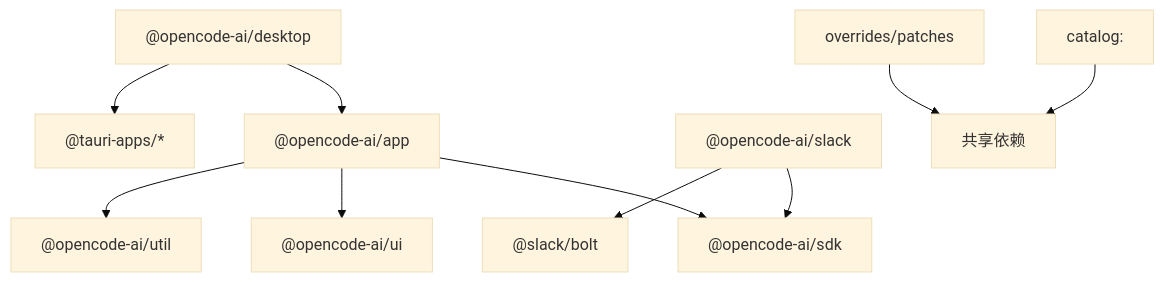
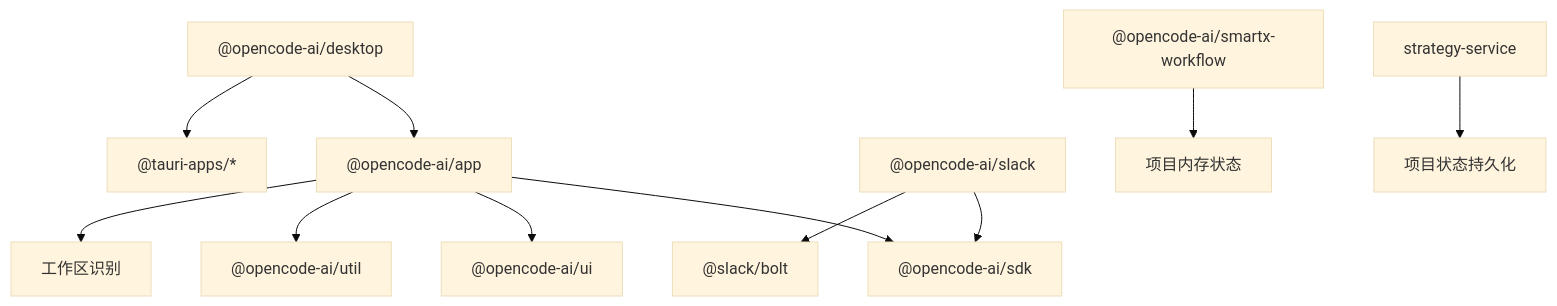
The ninth of 9 diagrams in .lingma/repowiki/zh/content/开发者指南/Monorepo结构/Workspace配置.md (89780012/opencode), drawn with Mermaid (base theme) before and after one commit. The commit also changed other lines of this file and 19 other files, not shown here.

````diff
--- a/.lingma/repowiki/zh/content/开发者指南/Monorepo结构/Workspace配置.md
+++ b/.lingma/repowiki/zh/content/开发者指南/Monorepo结构/Workspace配置.md
@@ -315,12 +407,13 @@
 ```mermaid
 graph TB
 App["@opencode-ai/app"] --> SDK["@opencode-ai/sdk"]
 App --> UI["@opencode-ai/ui"]
 App --> Util["@opencode-ai/util"]
 Desktop["@opencode-ai/desktop"] --> App
 Desktop --> Tauri["@tauri-apps/*"]
 Slack["@opencode-ai/slack"] --> SDK
 Slack --> Bolt["@slack/bolt"]
-Catalog["catalog:"] --> Shared["共享依赖"]
-Overrides["overrides/patches"] --> Shared
+SmartxWorkflow["@opencode-ai/smartx-workflow"] --> ProjectMemory["项目内存状态"]
+App --> WorkspaceKey["工作区识别"]
+StrategyService["strategy-service"] --> ProjectState["项目状态持久化"]
 ```
````
